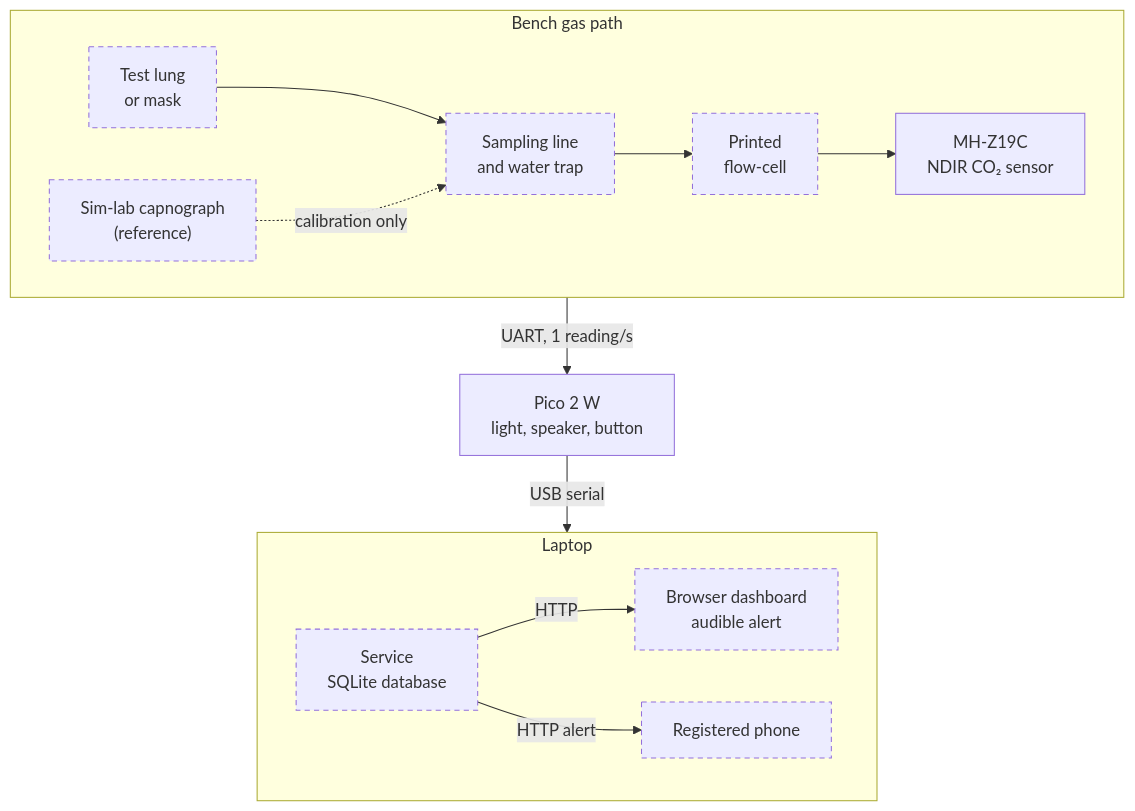
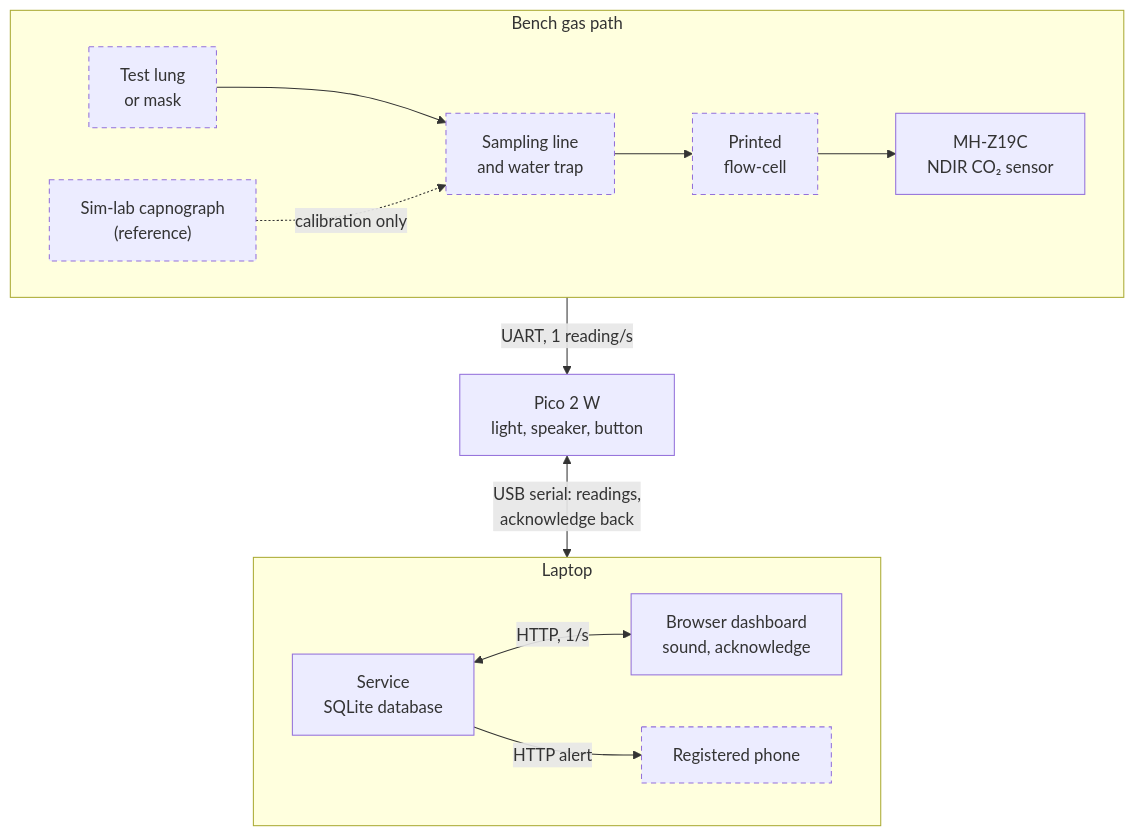
The diagram in README.md (azouzkm/CO2-Hyperventilation-monitor), drawn with Mermaid before and after one commit. The commit also changed other lines of this file and 71 other files, not shown here.

Commit message:
Session 4: firmware v0.6 (breathing rate, safety clip, saturation rule), dashboard and phone alerts, case build

````diff
--- a/README.md
+++ b/README.md
@@ -90,19 +93,19 @@
 ```mermaid
 flowchart TB
     subgraph rig["Bench gas path"]
         direction LR
         lung["Test lung<br/>or mask"] --> line["Sampling line<br/>and water trap"]
         line --> cell["Printed<br/>flow-cell"]
         cell --> sensor["MH-Z19C<br/>NDIR CO₂ sensor"]
         ref["Sim-lab capnograph<br/>(reference)"] -.->|calibration only| line
     end
     rig -->|"UART, 1 reading/s"| pico["Pico 2 W<br/>light, speaker, button"]
-    pico -->|USB serial| laptop
+    pico <-->|"USB serial: readings,<br/>acknowledge back"| laptop
     subgraph laptop["Laptop"]
         direction LR
-        svc["Service<br/>SQLite database"] -->|HTTP| dash["Browser dashboard<br/>audible alert"]
+        svc["Service<br/>SQLite database"] <-->|"HTTP, 1/s"| dash["Browser dashboard<br/>sound, acknowledge"]
         svc -->|HTTP alert| phone["Registered phone"]
     end
     classDef planned stroke-dasharray: 5 4
-    class lung,line,cell,svc,dash,phone,ref planned
+    class lung,line,cell,phone,ref planned
 ```
````
